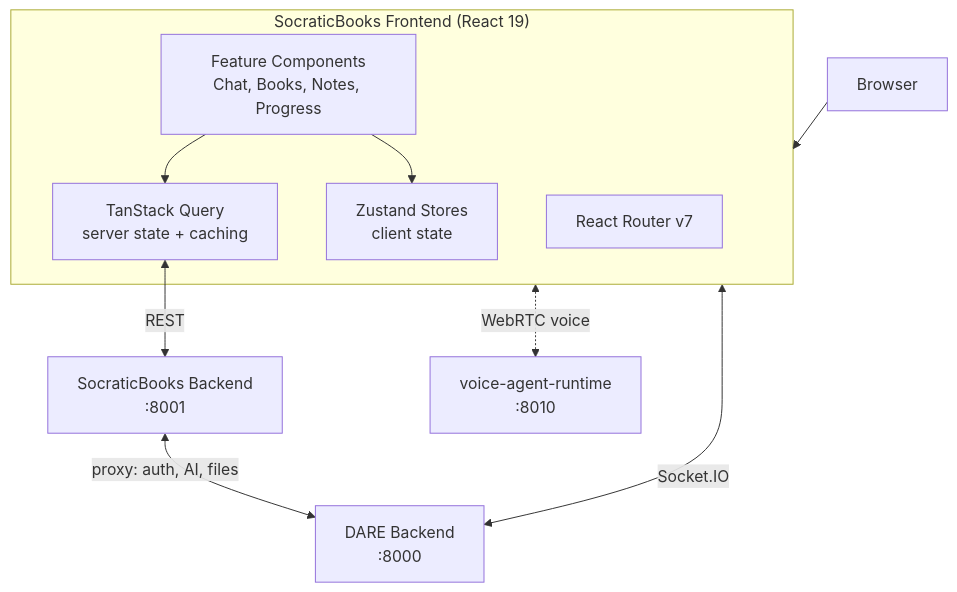
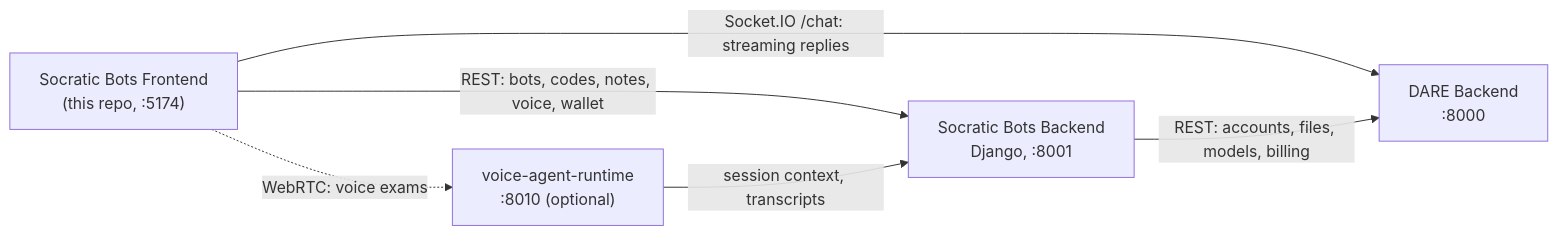
One commit to cmudco/socraticbots-frontend changed the diagram in README.md. Above: the diagram before and after it, drawn with Mermaid. The commit also changed other lines of this file and 18 other files, not shown here.

````diff
--- a/README.md
+++ b/README.md
@@ -48,23 +45,13 @@
 ```mermaid
-flowchart TB
-    browser["Browser"]
+flowchart LR
+    browser["Socratic Bots Frontend<br/>(this repo, :5174)"]
+    sb["Socratic Bots Backend<br/>Django, :8001"]
+    dare["DARE Backend<br/>:8000"]
+    voice["voice-agent-runtime<br/>:8010 (optional)"]
 
-    subgraph frontend["SocraticBooks Frontend (React 19)"]
-        router["React Router v7"]
-        components["Feature Components\nChat, Books, Notes, Progress"]
-        stores["Zustand Stores\nclient state"]
-        query["TanStack Query\nserver state + caching"]
-    end
-
-    sbbackend["SocraticBooks Backend\n:8001"]
-    dare["DARE Backend\n:8000"]
-    voice["voice-agent-runtime\n:8010"]
-
-    browser --> frontend
-    components --> stores
-    components --> query
-    query <-->|REST| sbbackend
-    frontend <-->|Socket.IO| dare
-    frontend <-.->|WebRTC voice| voice
-    sbbackend <-->|proxy: auth, AI, files| dare
+    browser -->|"REST: bots, codes, notes, voice, wallet"| sb
+    browser -->|"Socket.IO /chat: streaming replies"| dare
+    browser -.->|"WebRTC: voice exams"| voice
+    sb -->|"REST: accounts, files, models, billing"| dare
+    voice -->|"session context, transcripts"| sb
 ```
````
